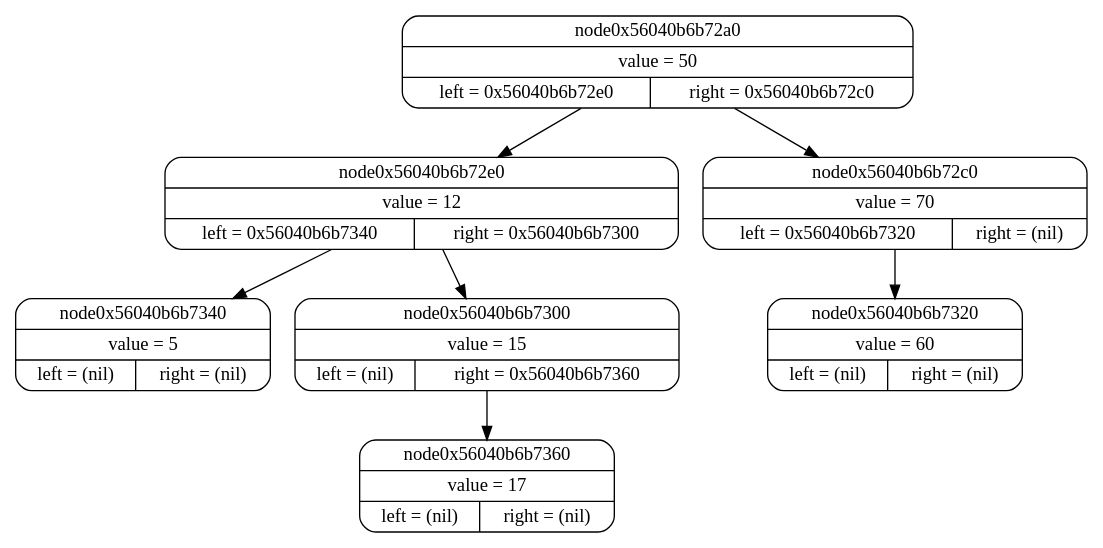
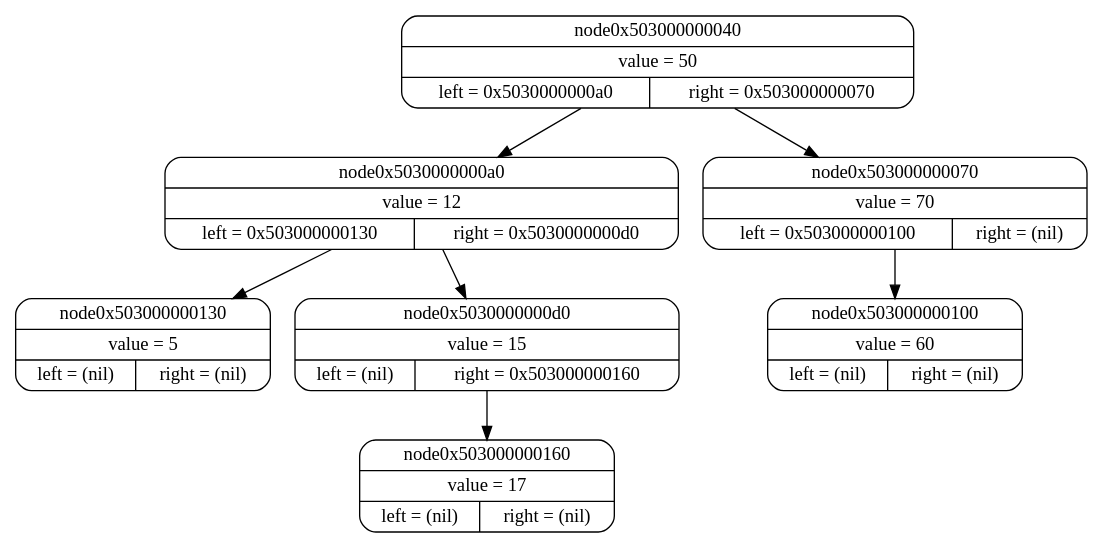
One commit to terenkovkirill/SortingTree changed the diagram in BTree.dot. Above: the diagram before and after it, drawn with Graphviz. The commit also changed 8 other files, not shown here.

```diff
--- a/BTree.dot
+++ b/BTree.dot
@@ -1,22 +1,22 @@
 digraph
 {
-     node0x56040b6b72a0[shape="Mrecord", label="{node0x56040b6b72a0 | value = 50 | {left = 0x56040b6b72e0 | right = 0x56040b6b72c0}}"] 
-     node0x56040b6b72e0[shape="Mrecord", label="{node0x56040b6b72e0 | value = 12 | {left = 0x56040b6b7340 | right = 0x56040b6b7300}}"] 
-     node0x56040b6b7340[shape="Mrecord", label="{node0x56040b6b7340 | value = 5 | {left = (nil) | right = (nil)}}"] 
-     node0x56040b6b72e0 -> node0x56040b6b7340 
+     node0x503000000040[shape="Mrecord", label="{node0x503000000040 | value = 50 | {left = 0x5030000000a0 | right = 0x503000000070}}"] 
+     node0x5030000000a0[shape="Mrecord", label="{node0x5030000000a0 | value = 12 | {left = 0x503000000130 | right = 0x5030000000d0}}"] 
+     node0x503000000130[shape="Mrecord", label="{node0x503000000130 | value = 5 | {left = (nil) | right = (nil)}}"] 
+     node0x5030000000a0 -> node0x503000000130 
 
-     node0x56040b6b7300[shape="Mrecord", label="{node0x56040b6b7300 | value = 15 | {left = (nil) | right = 0x56040b6b7360}}"] 
-     node0x56040b6b7360[shape="Mrecord", label="{node0x56040b6b7360 | value = 17 | {left = (nil) | right = (nil)}}"] 
-     node0x56040b6b7300 -> node0x56040b6b7360 
+     node0x5030000000d0[shape="Mrecord", label="{node0x5030000000d0 | value = 15 | {left = (nil) | right = 0x503000000160}}"] 
+     node0x503000000160[shape="Mrecord", label="{node0x503000000160 | value = 17 | {left = (nil) | right = (nil)}}"] 
+     node0x5030000000d0 -> node0x503000000160 
 
-     node0x56040b6b72e0 -> node0x56040b6b7300 
+     node0x5030000000a0 -> node0x5030000000d0 
 
-     node0x56040b6b72a0 -> node0x56040b6b72e0 
+     node0x503000000040 -> node0x5030000000a0 
 
-     node0x56040b6b72c0[shape="Mrecord", label="{node0x56040b6b72c0 | value = 70 | {left = 0x56040b6b7320 | right = (nil)}}"] 
-     node0x56040b6b7320[shape="Mrecord", label="{node0x56040b6b7320 | value = 60 | {left = (nil) | right = (nil)}}"] 
-     node0x56040b6b72c0 -> node0x56040b6b7320 
+     node0x503000000070[shape="Mrecord", label="{node0x503000000070 | value = 70 | {left = 0x503000000100 | right = (nil)}}"] 
+     node0x503000000100[shape="Mrecord", label="{node0x503000000100 | value = 60 | {left = (nil) | right = (nil)}}"] 
+     node0x503000000070 -> node0x503000000100 
 
-     node0x56040b6b72a0 -> node0x56040b6b72c0 
+     node0x503000000040 -> node0x503000000070 
 
 } 
```
